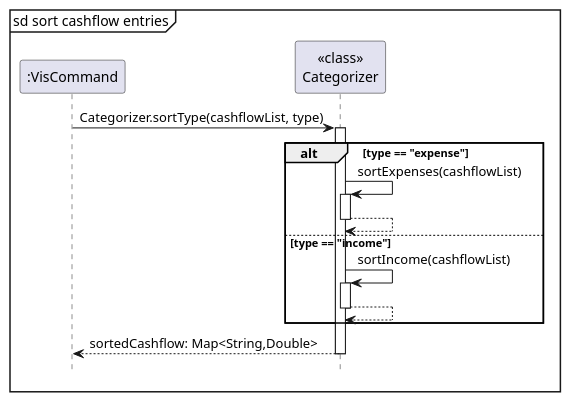
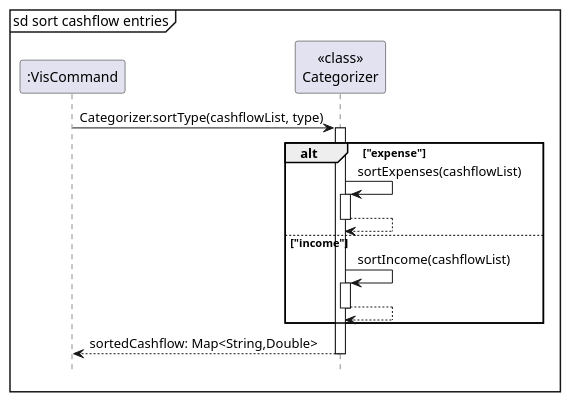
Before and after one commit to nus-cs2113-AY2324S1/tp: the diagram in docs/diagrams/vis/categorizerSequence.puml, drawn with PlantUML. The commit also changed 3 other files, not shown here.

Commit message:
Fix DG sequence diagram for cat and vis

```diff
--- a/docs/diagrams/vis/categorizerSequence.puml
+++ b/docs/diagrams/vis/categorizerSequence.puml
@@ -1,24 +1,24 @@
 @startuml
 
 mainframe sd sort cashflow entries
 
 autoactivate on
 
 participant ":VisCommand"
 participant "<<class>>\nCategorizer"
 
 ":VisCommand"-> "<<class>>\nCategorizer": Categorizer.sortType(cashflowList, type)
 
-alt type == "expense"
+alt "expense"
     "<<class>>\nCategorizer" -> "<<class>>\nCategorizer": sortExpenses(cashflowList)
     return
-else type == "income"
+else "income"
     "<<class>>\nCategorizer" -> "<<class>>\nCategorizer": sortIncome(cashflowList)
     return
 end
 
 return sortedCashflow: Map<String,Double>
 
 hide footbox
 
 @enduml
```
